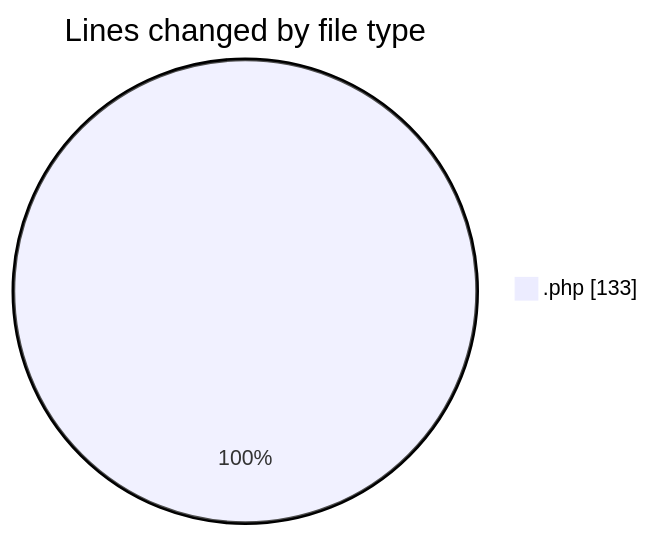
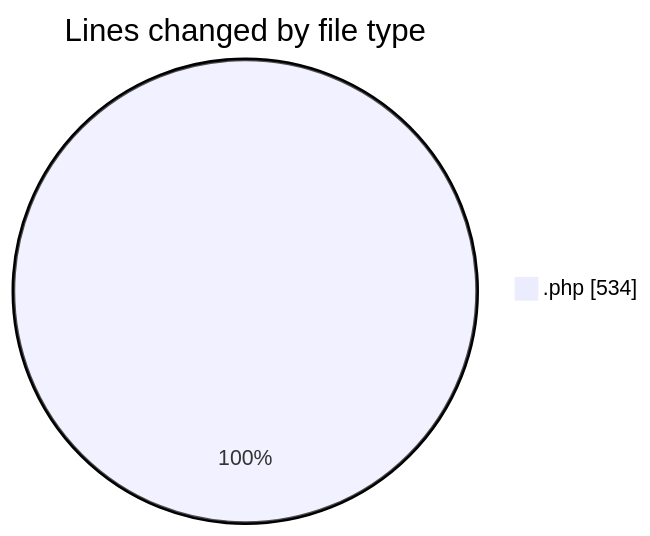
Before and after one commit to LanceThiago/code-tracking: the first of 2 diagrams in 2026-06-17/oficina/README.md, drawn with Mermaid. The commit also changed other lines of this file and 1 other file, not shown here.

````diff
--- a/2026-06-17/oficina/README.md
+++ b/2026-06-17/oficina/README.md
@@ -20,5 +21,5 @@
 ```mermaid
 pie showData
 title Lines changed by file type
-".php" : 133
+".php" : 534
 ```
````
